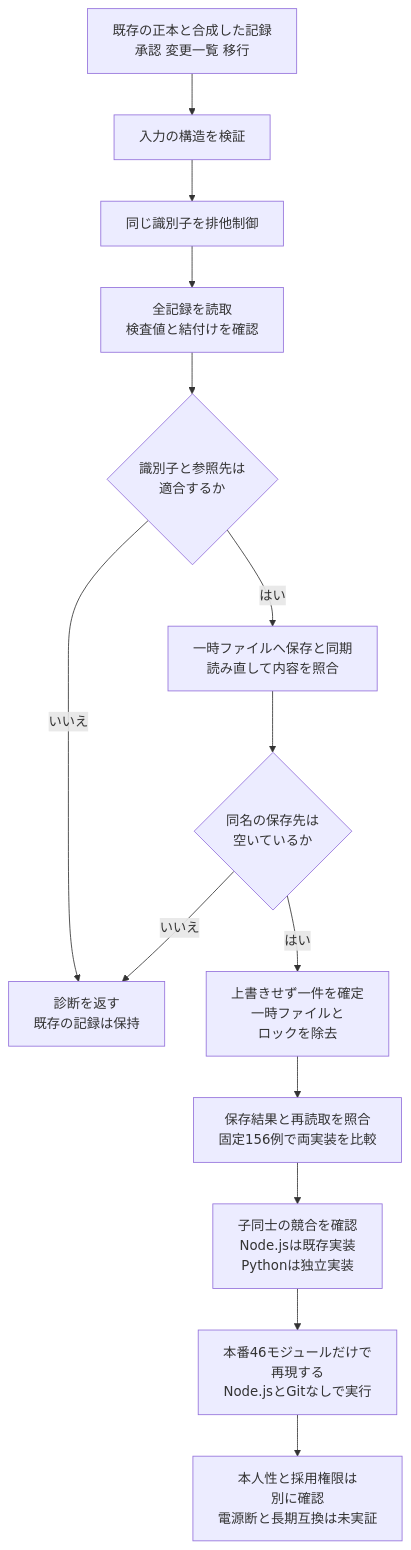
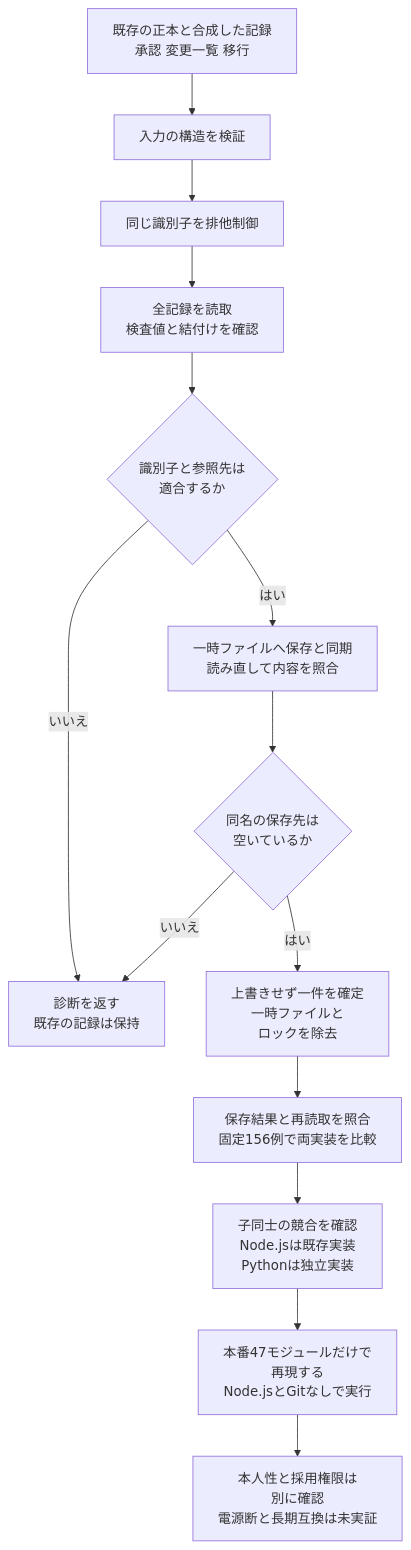
The diagram in docs/diagrams/python-ledger-store.mmd (koukemo/morivyx), drawn with Mermaid before and after one commit. The commit also changed 48 other files, not shown here.

```diff
--- a/docs/diagrams/python-ledger-store.mmd
+++ b/docs/diagrams/python-ledger-store.mmd
@@ -1,14 +1,14 @@
 flowchart TD
   A[既存の正本と合成した記録<br/>承認 変更一覧 移行] --> B[入力の構造を検証]
   B --> C[同じ識別子を排他制御]
   C --> D[全記録を読取<br/>検査値と結付けを確認]
   D --> E{識別子と参照先は<br/>適合するか}
   E -->|いいえ| F[診断を返す<br/>既存の記録は保持]
   E -->|はい| G[一時ファイルへ保存と同期<br/>読み直して内容を照合]
   G --> H{同名の保存先は<br/>空いているか}
   H -->|いいえ| F
   H -->|はい| I[上書きせず一件を確定<br/>一時ファイルと<br/>ロックを除去]
   I --> J[保存結果と再読取を照合<br/>固定156例で両実装を比較]
   J --> K[子同士の競合を確認<br/>Node.jsは既存実装<br/>Pythonは独立実装]
-  K --> L[本番46モジュールだけで<br/>再現する<br/>Node.jsとGitなしで実行]
+  K --> L[本番47モジュールだけで<br/>再現する<br/>Node.jsとGitなしで実行]
   L --> M[本人性と採用権限は<br/>別に確認<br/>電源断と長期互換は未実証]
```
